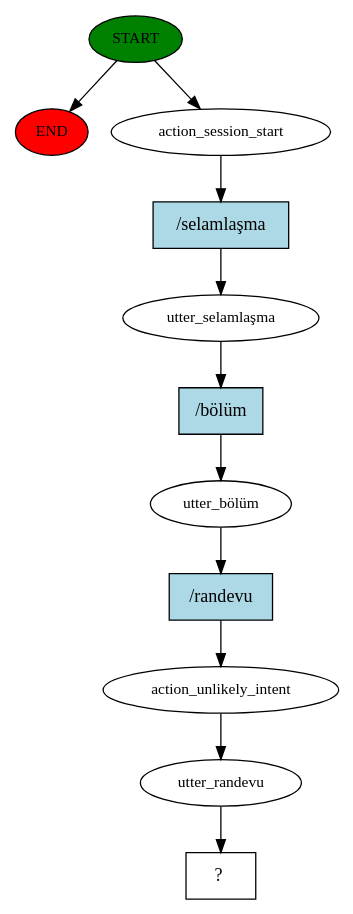
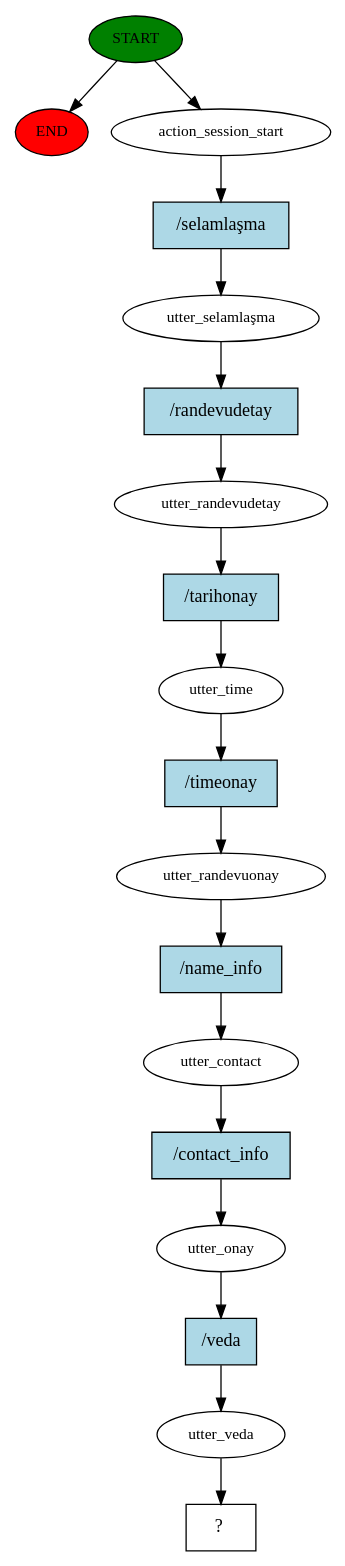
The diagram in Proje/story_graph.dot (arslansevval/rasa_booking), drawn with Graphviz before and after one commit. The commit also changed 5 other files, not shown here.

```diff
--- a/Proje/story_graph.dot
+++ b/Proje/story_graph.dot
@@ -1,23 +1,37 @@
 digraph  {
 0 [class="start active", fillcolor=green, fontsize=12, label=START, style=filled];
 "-1" [class=end, fillcolor=red, fontsize=12, label=END, style=filled];
 1 [class=active, fontsize=12, label=action_session_start];
 2 [class=active, fontsize=12, label="utter_selamlaşma"];
-3 [class=active, fontsize=12, label="utter_bölüm"];
-4 [class=active, fontsize=12, label=action_unlikely_intent];
-5 [class=active, fontsize=12, label=utter_randevu];
-6 [class="intent dashed active", label="  ?  ", shape=rect];
-7 [class="intent active", fillcolor=lightblue, label="/selamlaşma", shape=rect, style=filled];
-8 [class="intent active", fillcolor=lightblue, label="/bölüm", shape=rect, style=filled];
-9 [class="intent active", fillcolor=lightblue, label="/randevu", shape=rect, style=filled];
+3 [class=active, fontsize=12, label=utter_randevudetay];
+4 [class=active, fontsize=12, label=utter_time];
+5 [class=active, fontsize=12, label=utter_randevuonay];
+6 [class=active, fontsize=12, label=utter_contact];
+7 [class=active, fontsize=12, label=utter_onay];
+8 [class=active, fontsize=12, label=utter_veda];
+9 [class="intent dashed active", label="  ?  ", shape=rect];
+10 [class="intent active", fillcolor=lightblue, label="/selamlaşma", shape=rect, style=filled];
+11 [class="intent active", fillcolor=lightblue, label="/randevudetay", shape=rect, style=filled];
+12 [class="intent active", fillcolor=lightblue, label="/tarihonay", shape=rect, style=filled];
+13 [class="intent active", fillcolor=lightblue, label="/timeonay", shape=rect, style=filled];
+14 [class="intent active", fillcolor=lightblue, label="/name_info", shape=rect, style=filled];
+15 [class="intent active", fillcolor=lightblue, label="/contact_info", shape=rect, style=filled];
+16 [class="intent active", fillcolor=lightblue, label="/veda", shape=rect, style=filled];
 0 -> "-1"  [class="", key=NONE, label=""];
 0 -> 1  [class=active, key=NONE, label=""];
-1 -> 7  [class=active, key=0];
-2 -> 8  [class=active, key=0];
-3 -> 9  [class=active, key=0];
-4 -> 5  [class=active, key=NONE, label=""];
-5 -> 6  [class=active, key=NONE, label=""];
-7 -> 2  [class=active, key=0];
-8 -> 3  [class=active, key=0];
-9 -> 4  [class=active, key=0];
+1 -> 10  [class=active, key=0];
+2 -> 11  [class=active, key=0];
+3 -> 12  [class=active, key=0];
+4 -> 13  [class=active, key=0];
+5 -> 14  [class=active, key=0];
+6 -> 15  [class=active, key=0];
+7 -> 16  [class=active, key=0];
+8 -> 9  [class=active, key=NONE, label=""];
+10 -> 2  [class=active, key=0];
+11 -> 3  [class=active, key=0];
+12 -> 4  [class=active, key=0];
+13 -> 5  [class=active, key=0];
+14 -> 6  [class=active, key=0];
+15 -> 7  [class=active, key=0];
+16 -> 8  [class=active, key=0];
 }
```
